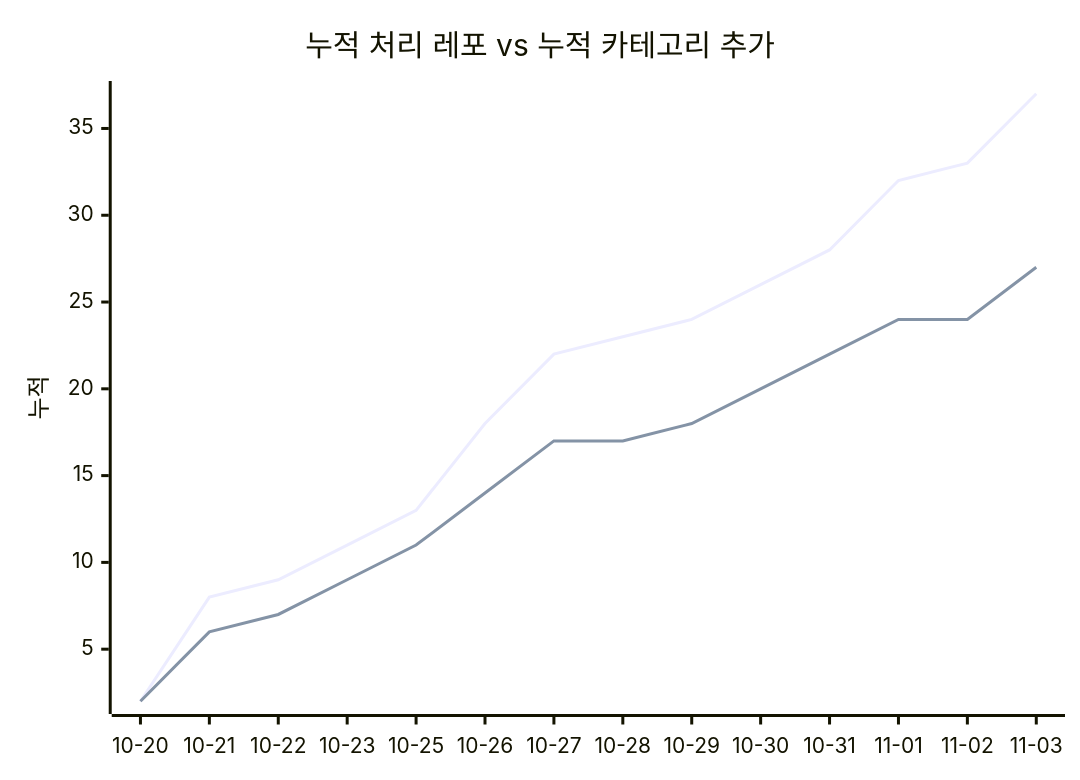
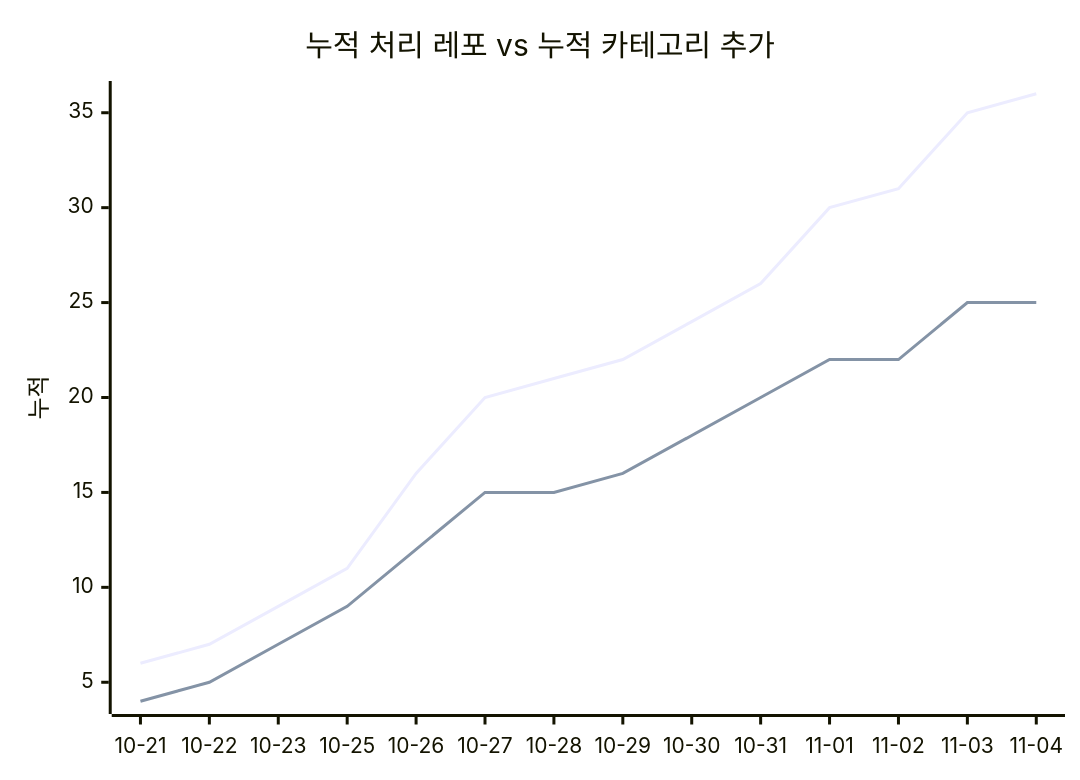
One commit to J-nowcow/awesome-korean-agent-skills changed the second of 2 diagrams in docs/trends.md. Above: the diagram before and after it, drawn with Mermaid. The commit also changed other lines of this file and 2 other files, not shown here.

````diff
--- a/docs/trends.md
+++ b/docs/trends.md
@@ -68,8 +68,8 @@
 ```mermaid
 xychart-beta
     title "누적 처리 레포 vs 누적 카테고리 추가"
-    x-axis ["10-20","10-21","10-22","10-23","10-25","10-26","10-27","10-28","10-29","10-30","10-31","11-01","11-02","11-03"]
+    x-axis ["10-21","10-22","10-23","10-25","10-26","10-27","10-28","10-29","10-30","10-31","11-01","11-02","11-03","11-04"]
     y-axis "누적"
-    line [2,8,9,11,13,18,22,23,24,26,28,32,33,37]
-    line [2,6,7,9,11,14,17,17,18,20,22,24,24,27]
+    line [6,7,9,11,16,20,21,22,24,26,30,31,35,36]
+    line [4,5,7,9,12,15,15,16,18,20,22,22,25,25]
 ```
````
